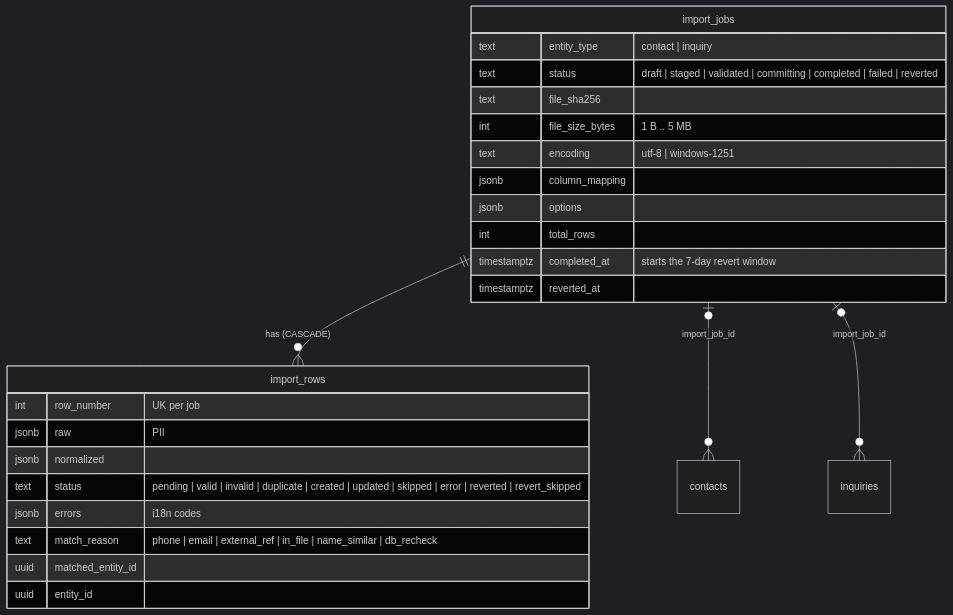
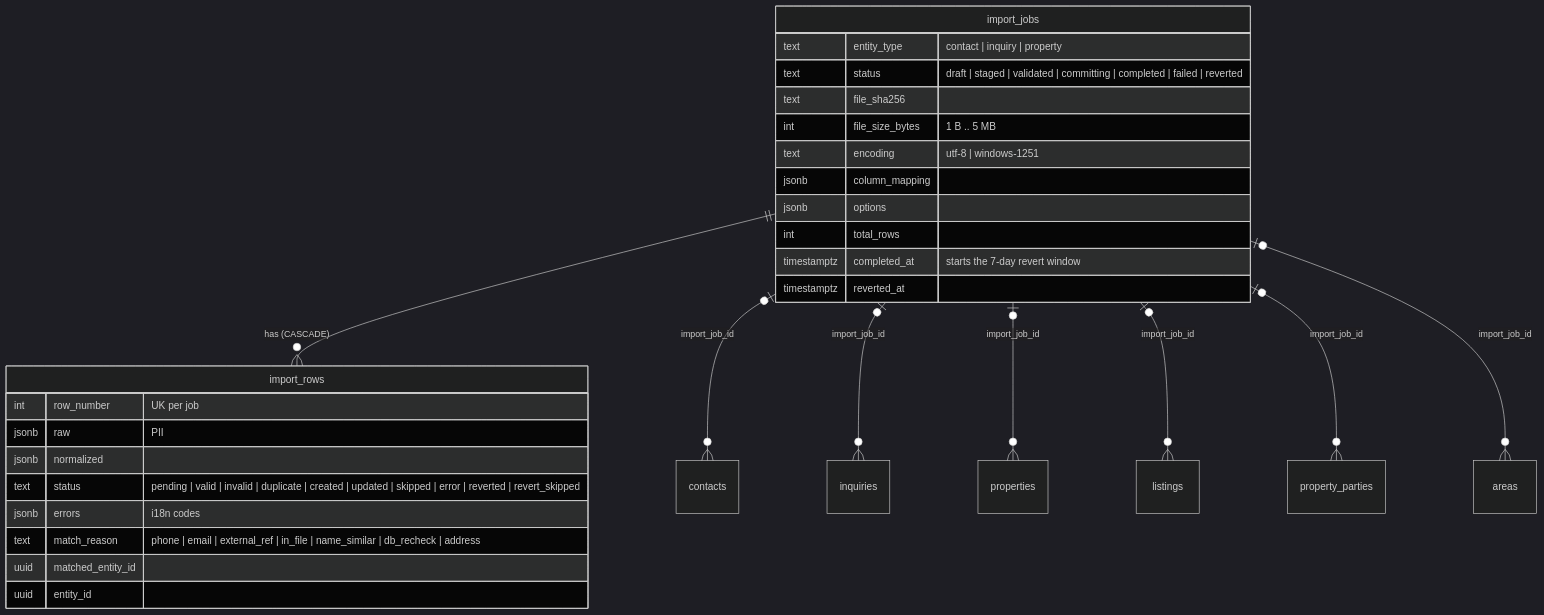
The sixth of 16 diagrams in docs/domain-model.md (dreaminglory/retail_broker_CRM), drawn with Mermaid (dark theme) before and after one commit. The commit also changed other lines of this file and 7 other files, not shown here.

First line of the commit message:
feat(property-import): schema, address key and audit job id (Task 1)

````diff
--- a/docs/domain-model.md
+++ b/docs/domain-model.md
@@ -286,29 +286,33 @@
 ```mermaid
 erDiagram
   import_jobs ||--o{ import_rows : "has (CASCADE)"
   import_jobs |o--o{ contacts : "import_job_id"
   import_jobs |o--o{ inquiries : "import_job_id"
+  import_jobs |o--o{ properties : "import_job_id"
+  import_jobs |o--o{ listings : "import_job_id"
+  import_jobs |o--o{ property_parties : "import_job_id"
+  import_jobs |o--o{ areas : "import_job_id"
 
   import_jobs {
-    text entity_type "contact | inquiry"
+    text entity_type "contact | inquiry | property"
     text status "draft | staged | validated | committing | completed | failed | reverted"
     text file_sha256
     int file_size_bytes "1 B .. 5 MB"
     text encoding "utf-8 | windows-1251"
     jsonb column_mapping
     jsonb options
     int total_rows
     timestamptz completed_at "starts the 7-day revert window"
     timestamptz reverted_at
   }
   import_rows {
     int row_number "UK per job"
     jsonb raw "PII"
     jsonb normalized
     text status "pending | valid | invalid | duplicate | created | updated | skipped | error | reverted | revert_skipped"
     jsonb errors "i18n codes"
-    text match_reason "phone | email | external_ref | in_file | name_similar | db_recheck"
+    text match_reason "phone | email | external_ref | in_file | name_similar | db_recheck | address"
     uuid matched_entity_id
     uuid entity_id
   }
 ```
````
